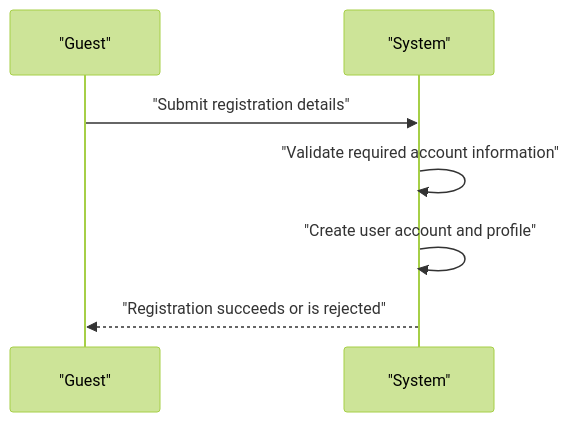
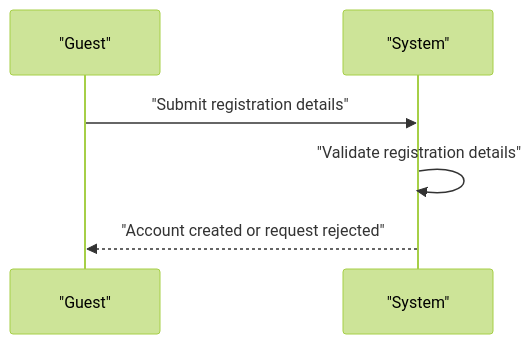
The second of 10 diagrams in openai/gpt-5.4-mini/todo/docs/analysis/01-actors-and-auth.md (wrtnlabs/autobe-examples), drawn with Mermaid (forest theme) before and after one commit. The commit also changed other lines of this file and 6645 other files, not shown here.

````diff
--- a/openai/gpt-5.4-mini/todo/docs/analysis/01-actors-and-auth.md
+++ b/openai/gpt-5.4-mini/todo/docs/analysis/01-actors-and-auth.md
@@ -144,9 +130,8 @@
 ```mermaid
 sequenceDiagram
     participant G as "Guest"
     participant S as "System"
     G->>S: "Submit registration details"
-    S->>S: "Validate required account information"
-    S->>S: "Create user account and profile"
-    S-->>G: "Registration succeeds or is rejected"
+    S->>S: "Validate registration details"
+    S-->>G: "Account created or request rejected"
 ```
````
